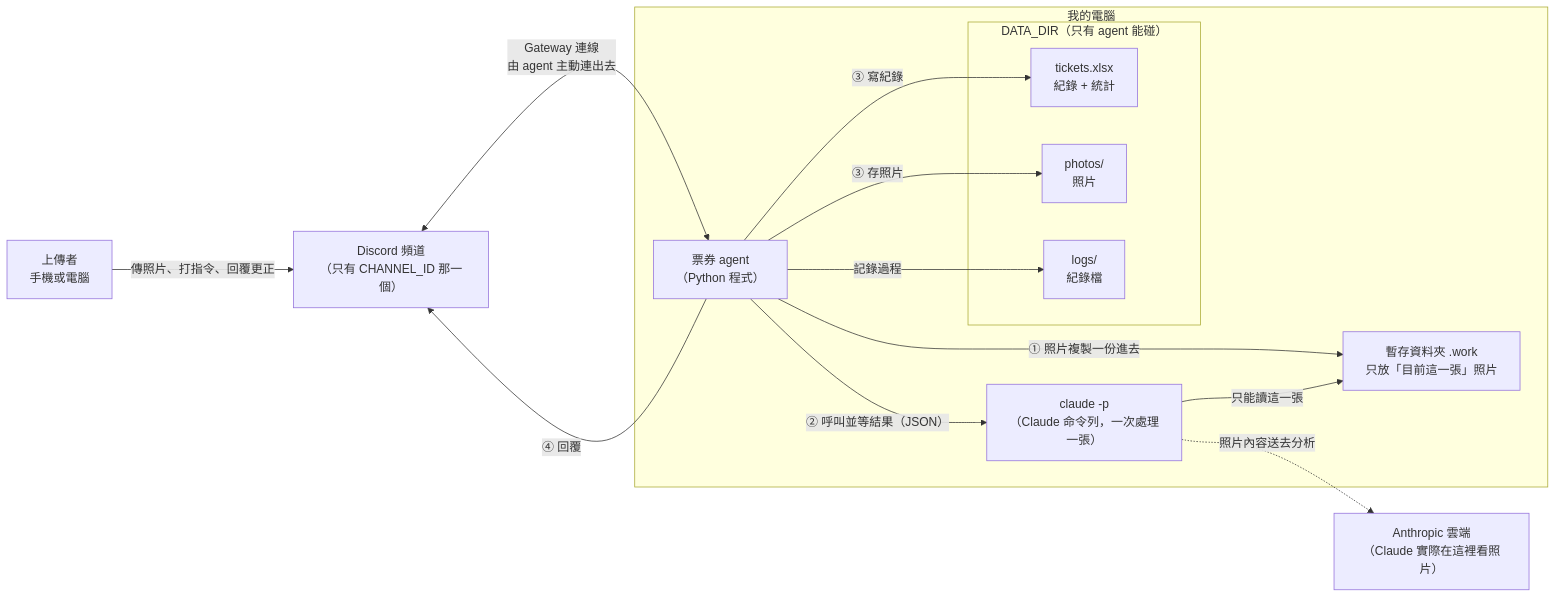
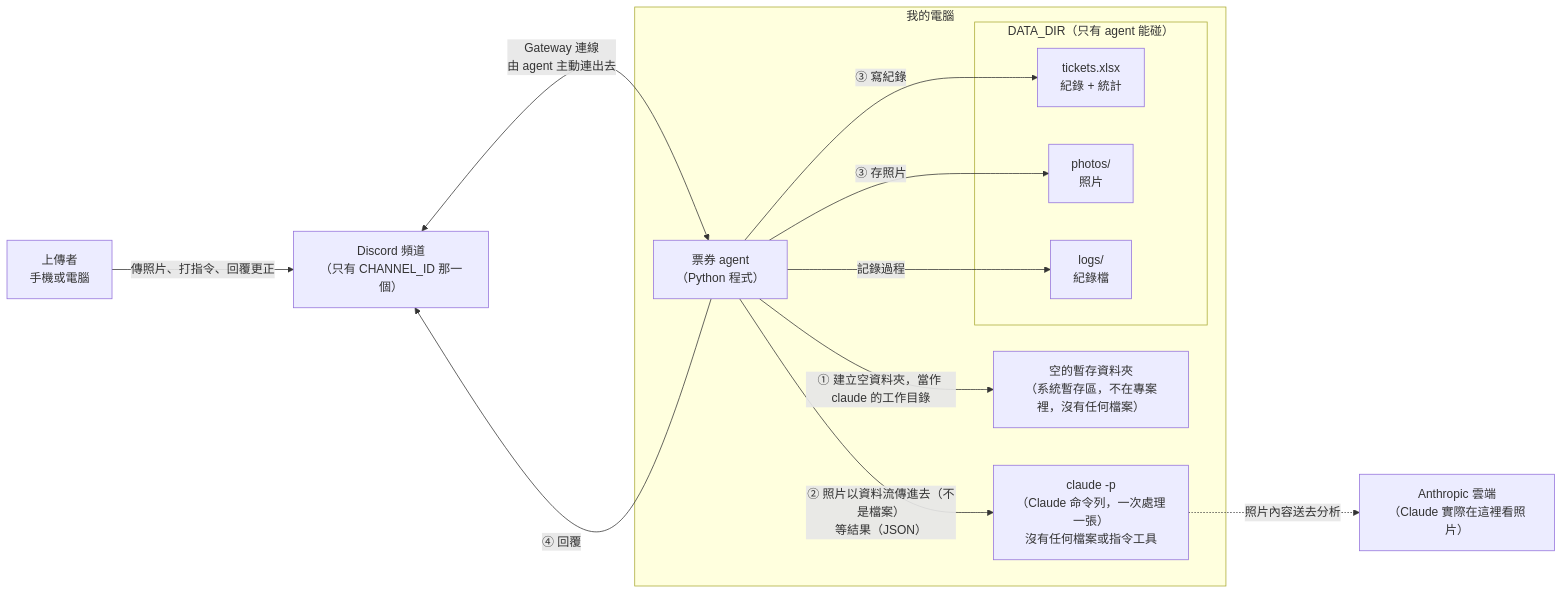
The first of 2 diagrams in docs/architecture.md (Hannah-061/Homework3), drawn with Mermaid before and after one commit. The commit also changed other lines of this file and 50 other files, not shown here.

````diff
--- a/docs/architecture.md
+++ b/docs/architecture.md
@@ -41,28 +41,27 @@
 ```mermaid
 flowchart LR
     U["上傳者<br/>手機或電腦"]
     D["Discord 頻道<br/>（只有 CHANNEL_ID 那一個）"]
     AI["Anthropic 雲端<br/>（Claude 實際在這裡看照片）"]
 
     subgraph PC["我的電腦"]
         A["票券 agent<br/>（Python 程式）"]
-        C["claude -p<br/>（Claude 命令列，一次處理一張）"]
-        W["暫存資料夾 .work<br/>只放「目前這一張」照片"]
+        C["claude -p<br/>（Claude 命令列，一次處理一張）<br/>沒有任何檔案或指令工具"]
+        W["空的暫存資料夾<br/>（系統暫存區，不在專案裡，沒有任何檔案）"]
         subgraph DATA["DATA_DIR（只有 agent 能碰）"]
             X["tickets.xlsx<br/>紀錄 + 統計"]
             P["photos/<br/>照片"]
             L["logs/<br/>紀錄檔"]
         end
     end
 
     U -->|"傳照片、打指令、回覆更正"| D
     D <-->|"Gateway 連線<br/>由 agent 主動連出去"| A
-    A -->|"① 照片複製一份進去"| W
-    A -->|"② 呼叫並等結果（JSON）"| C
-    C -->|"只能讀這一張"| W
+    A -->|"① 建立空資料夾，當作 claude 的工作目錄"| W
+    A -->|"② 照片以資料流傳進去（不是檔案）<br/>等結果（JSON）"| C
     C -.->|"照片內容送去分析"| AI
     A -->|"③ 寫紀錄"| X
     A -->|"③ 存照片"| P
     A -->|"記錄過程"| L
     A -->|"④ 回覆"| D
 ```
````
